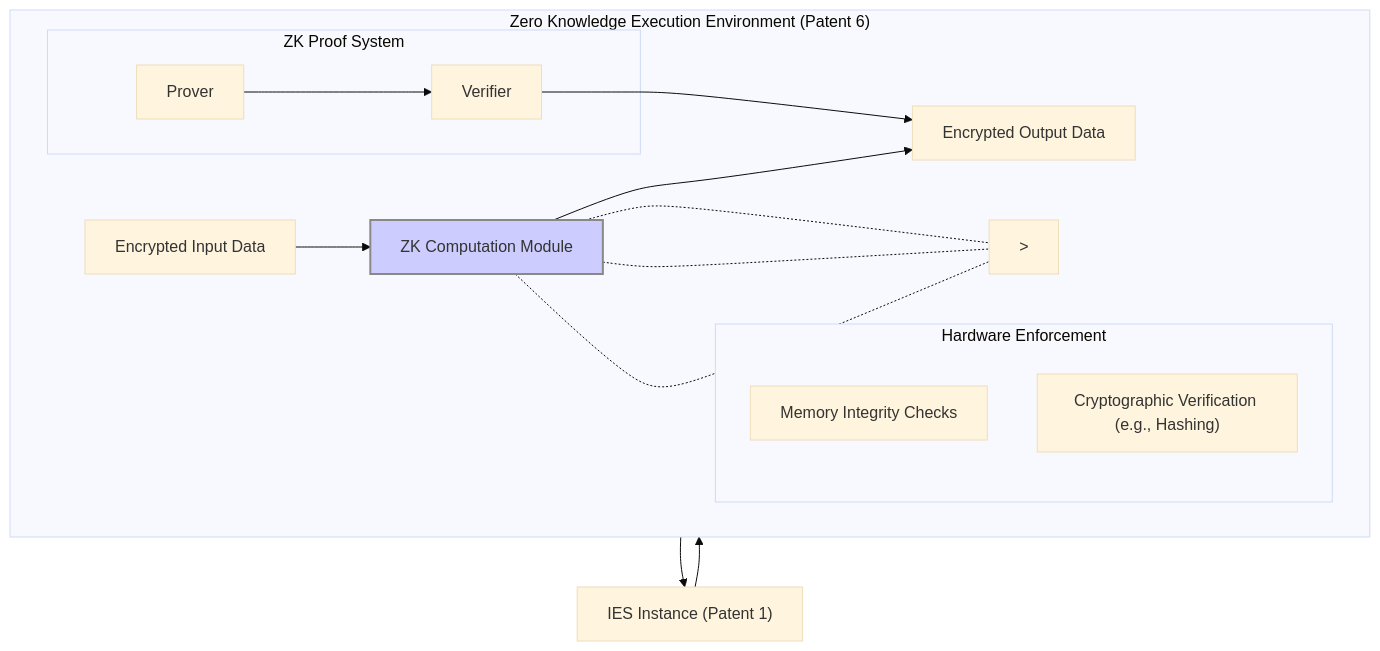
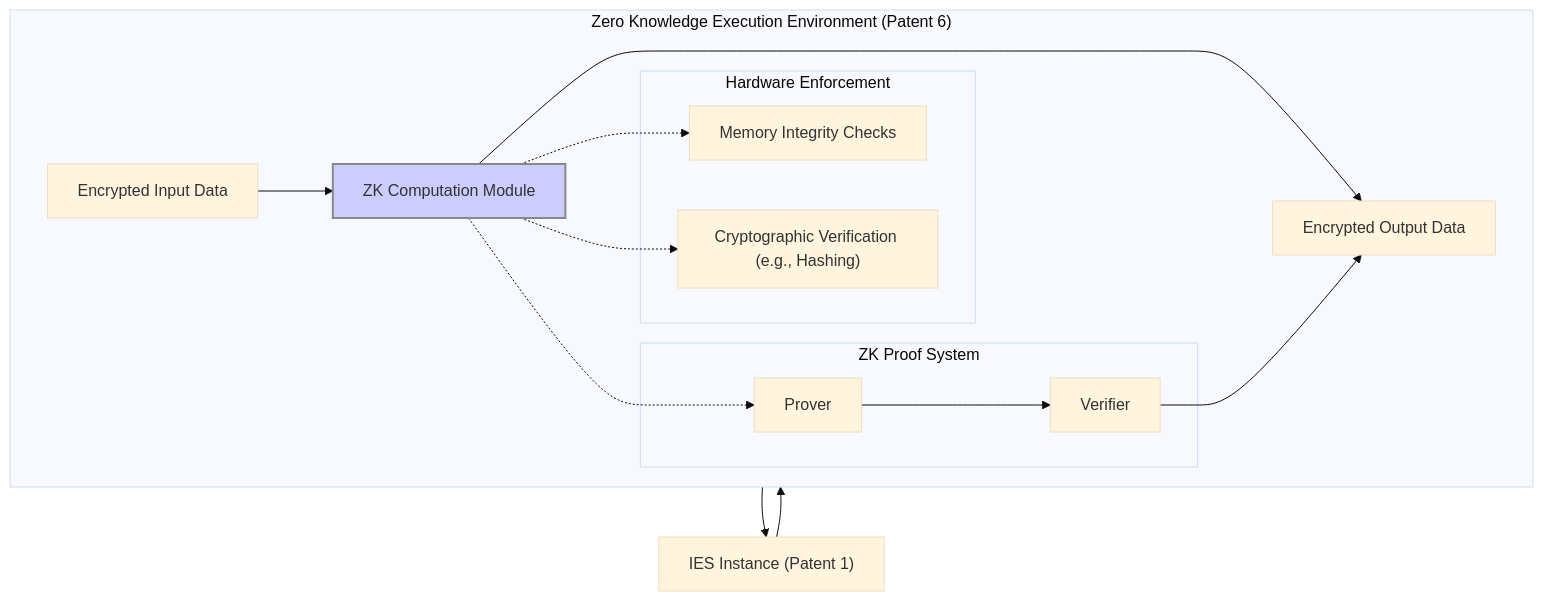
One commit to nshkrdotcom/ASKA changed diagram 14 of 21 in 3.md. Above: the diagram before and after it, drawn with Mermaid (base theme). The commit also changed other lines of this file and 1 other file, not shown here.

````diff
--- a/3.md
+++ b/3.md
@@ -1251,28 +1251,28 @@
 ```mermaid
 graph TD
     subgraph ZKEE["Zero Knowledge Execution Environment (Patent 6)"]
         direction LR
         Input["Encrypted Input Data"] --> ZK_Computation_Module["ZK Computation Module"]
         ZK_Computation_Module --> Output["Encrypted Output Data"]
 
         subgraph Hardware_Enforcement["Hardware Enforcement"]
             Memory_Integrity["Memory Integrity Checks"]
             Crypto_Verification["Cryptographic Verification (e.g., Hashing)"]
         end
 
-        ZK_Computation_Module -.-&gt; Memory_Integrity
-        ZK_Computation_Module -.-&gt; Crypto_Verification
+        ZK_Computation_Module -.-> Memory_Integrity
+        ZK_Computation_Module -.-> Crypto_Verification
 
         subgraph ZK_Proof_System["ZK Proof System"]
             Prover["Prover"] --> Verifier["Verifier"]
         end
 
-        ZK_Computation_Module -.-&gt; Prover
+        ZK_Computation_Module -.-> Prover
         Verifier --> Output
     end
 
     IES["IES Instance (Patent 1)"] --> Input
     Output --> IES
 
     style ZK_Computation_Module fill:#ccf,stroke:#888,stroke-width:2px
 ```
````
